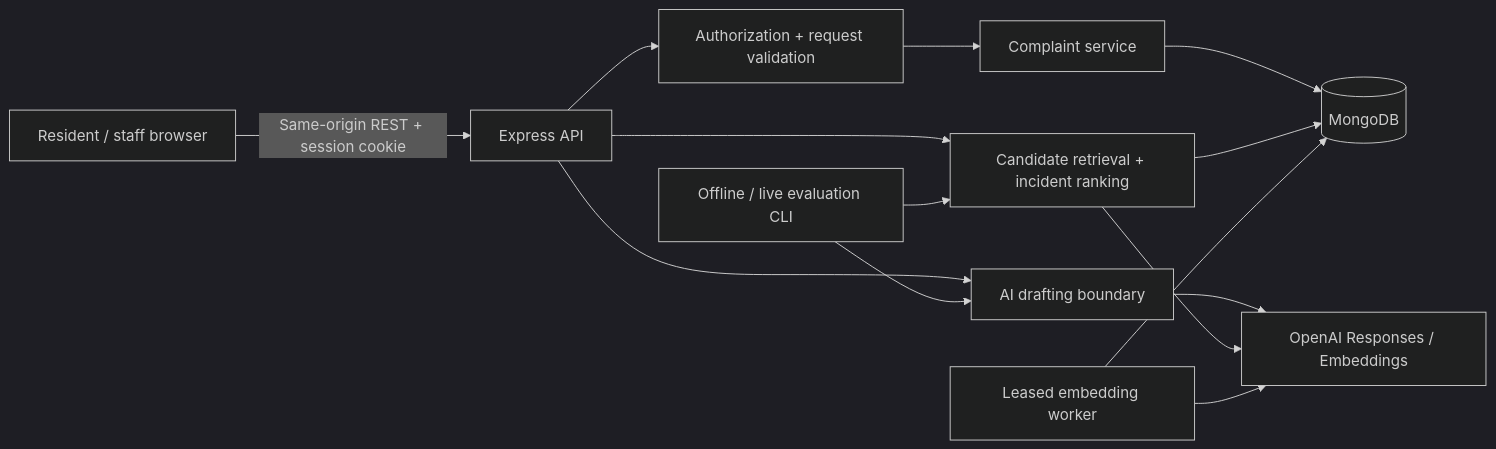
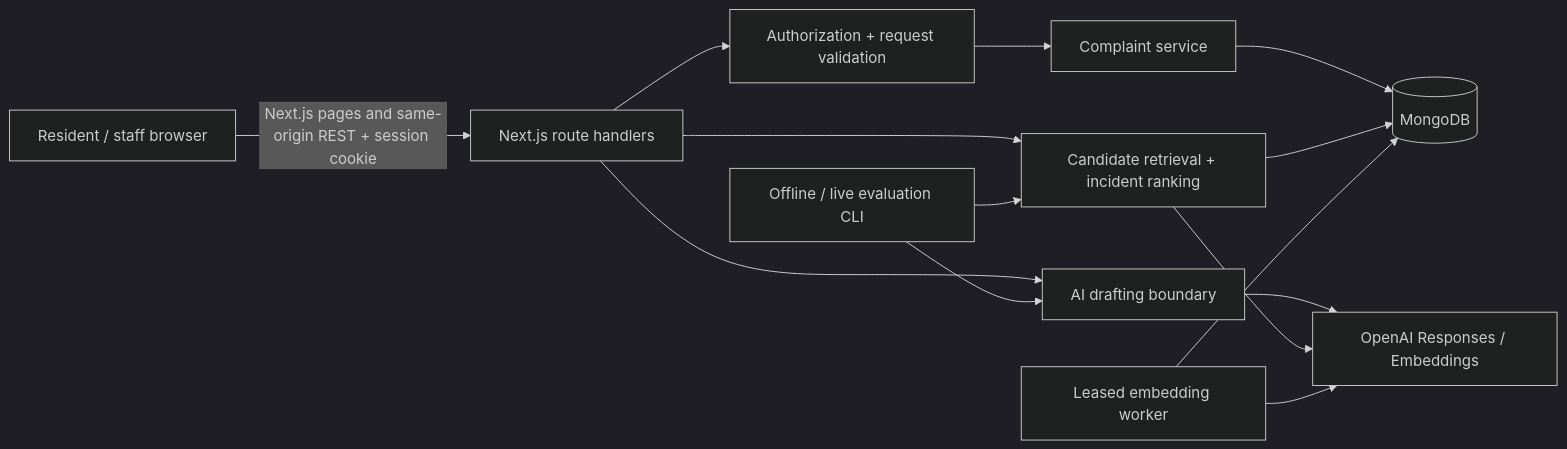
Before and after one commit to hakeemkhan-ai/civic-desk: the diagram in README.md, drawn with Mermaid (dark theme). The commit also changed other lines of this file and 43 other files, not shown here.

````diff
--- a/README.md
+++ b/README.md
@@ -132,16 +153,16 @@
 ```mermaid
 flowchart LR
-  Resident[Resident / staff browser] -->|Same-origin REST + session cookie| API[Express API]
+  Resident[Resident / staff browser] -->|Next.js pages and same-origin REST + session cookie| API[Next.js route handlers]
   API --> Auth[Authorization + request validation]
   Auth --> Complaints[Complaint service]
   Complaints --> Mongo[(MongoDB)]
   API --> Draft[AI drafting boundary]
   Draft --> OpenAI[OpenAI Responses / Embeddings]
   API --> Retrieval[Candidate retrieval + incident ranking]
   Retrieval --> Mongo
   Retrieval --> OpenAI
   Worker[Leased embedding worker] --> Mongo
   Worker --> OpenAI
   Eval[Offline / live evaluation CLI] --> Retrieval
   Eval --> Draft
 ```
````
